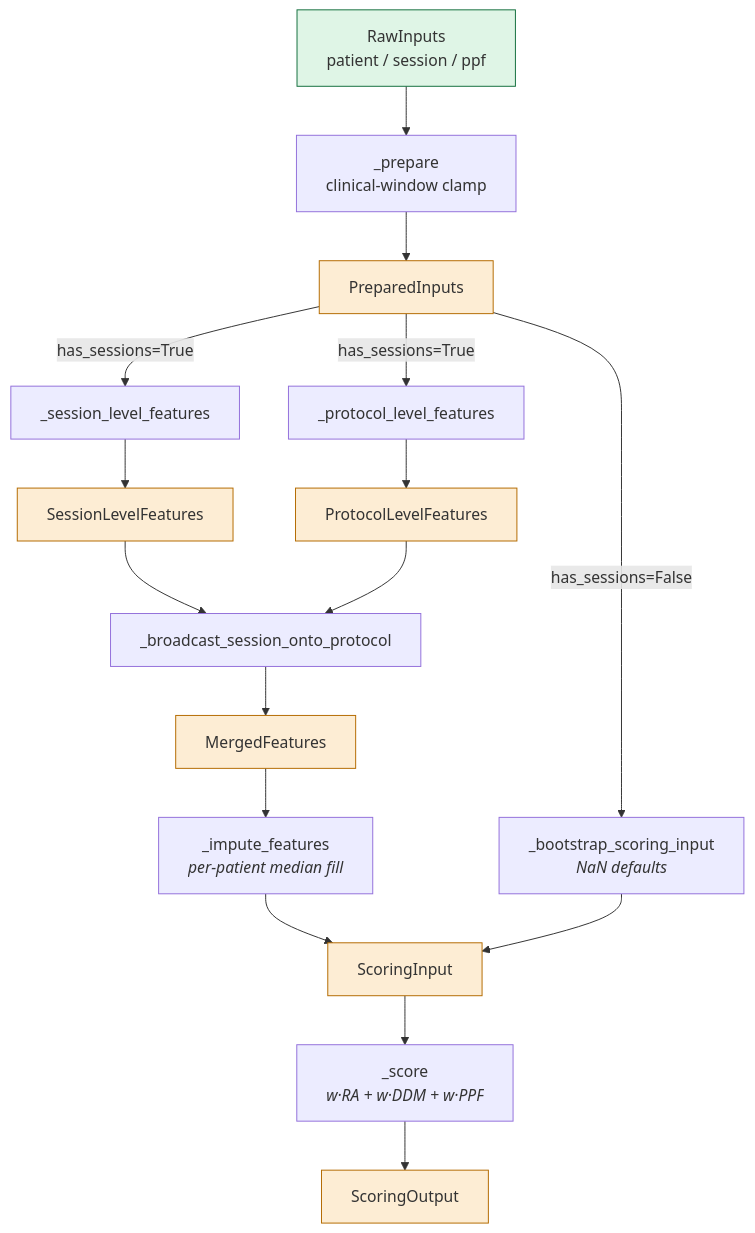
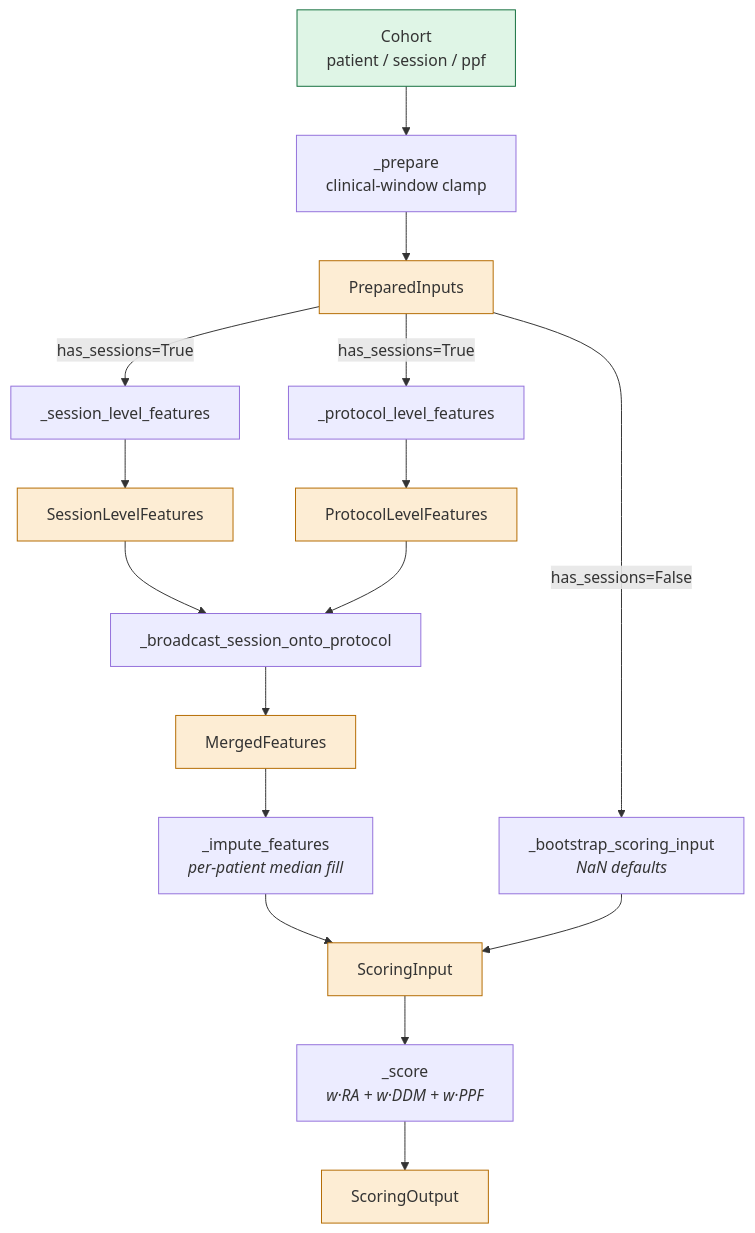
Before and after one commit to dabadav/ai-cdss: the second of 5 diagrams in docs/dataflow.md, drawn with Mermaid. The commit also changed other lines of this file and 23 other files, not shown here.

````diff
--- a/docs/dataflow.md
+++ b/docs/dataflow.md
@@ -77,36 +59,36 @@
 ```mermaid
 flowchart TD
-    RAW["RawInputs<br/>patient / session / ppf"]
+    COHORT["Cohort<br/>patient / session / ppf"]
     P1["_prepare<br/>clinical-window clamp"]
     PI["PreparedInputs"]
     SL["_session_level_features"]
     PL["_protocol_level_features"]
     SLF["SessionLevelFeatures"]
     PLF["ProtocolLevelFeatures"]
     BC["_broadcast_session_onto_protocol"]
     MF["MergedFeatures"]
     IMP["_impute_features<br/><i>per-patient median fill</i>"]
     BS["_bootstrap_scoring_input<br/><i>NaN defaults</i>"]
     SI["ScoringInput"]
     SC["_score<br/><i>w·RA + w·DDM + w·PPF</i>"]
     SO["ScoringOutput"]
 
-    RAW --> P1 --> PI
+    COHORT --> P1 --> PI
     PI -- has_sessions=True --> SL
     PI -- has_sessions=True --> PL
     SL --> SLF
     PL --> PLF
     SLF --> BC
     PLF --> BC
     BC --> MF --> IMP --> SI
     PI -- has_sessions=False --> BS --> SI
     SI --> SC --> SO
 
     style PI fill:#fdedd4,stroke:#b46b00
     style SLF fill:#fdedd4,stroke:#b46b00
     style PLF fill:#fdedd4,stroke:#b46b00
     style MF fill:#fdedd4,stroke:#b46b00
     style SI fill:#fdedd4,stroke:#b46b00
     style SO fill:#fdedd4,stroke:#b46b00
-    style RAW fill:#dff5e6,stroke:#136f3e
+    style COHORT fill:#dff5e6,stroke:#136f3e
 ```
````
